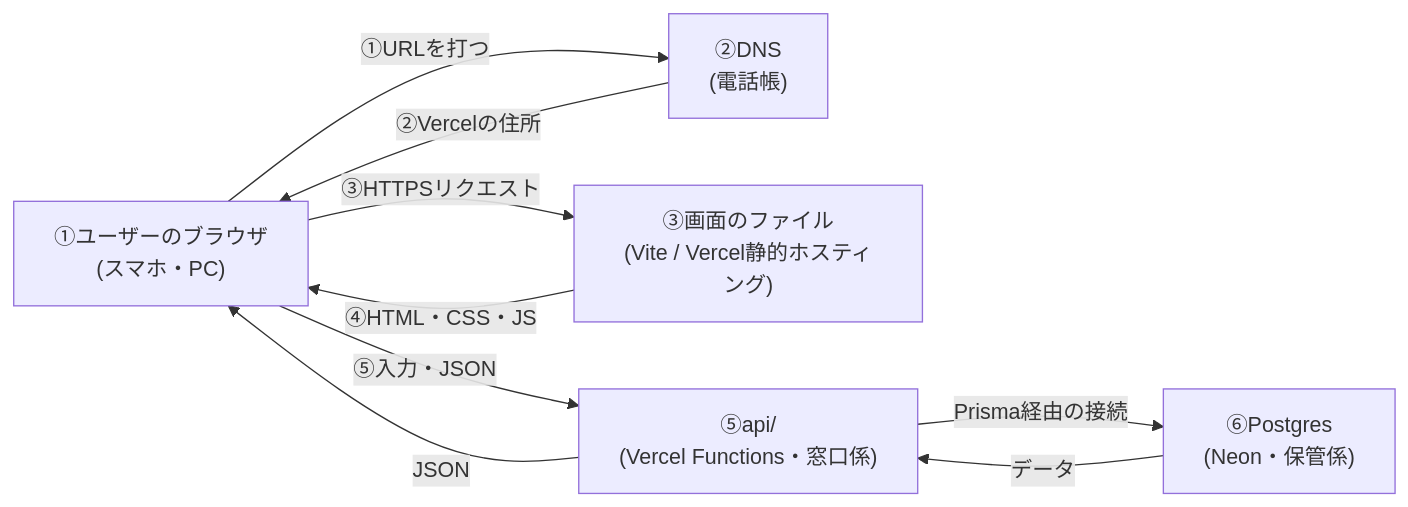
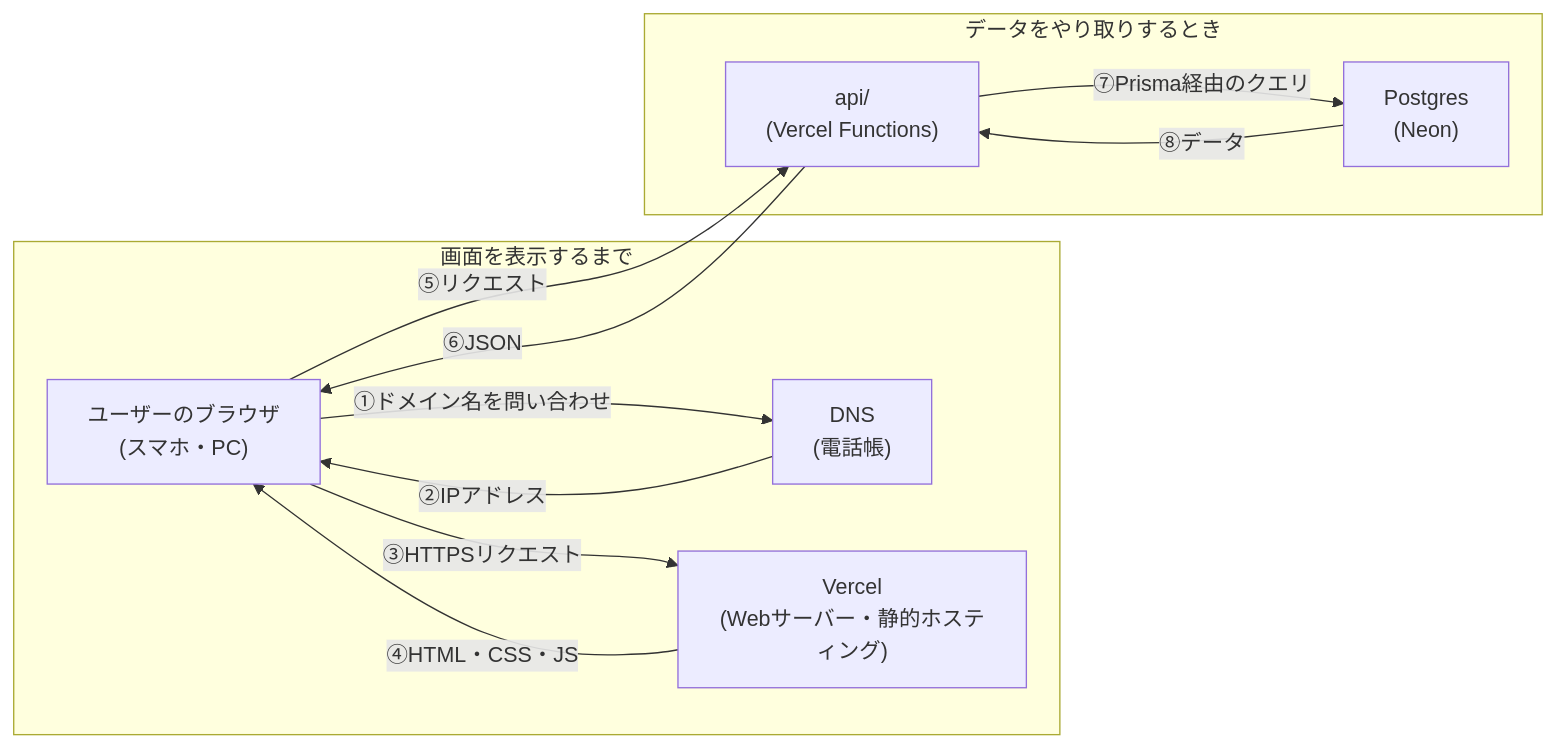
The diagram in README.md (udakoichiro1117/help-koumuin), drawn with Mermaid before and after one commit. The commit also changed other lines of this file, not shown here.

Commit message:
Clarify architecture diagram with subgraphs and fix HTTPS note

````diff
--- a/README.md
+++ b/README.md
@@ -40,17 +40,22 @@
 ```mermaid
 graph LR
-    Browser["①ユーザーのブラウザ<br/>(スマホ・PC)"]
-    DNS["②DNS<br/>(電話帳)"]
-    Screen["③画面のファイル<br/>(Vite / Vercel静的ホスティング)"]
-    API["⑤api/<br/>(Vercel Functions・窓口係)"]
-    DB["⑥Postgres<br/>(Neon・保管係)"]
+    subgraph "画面を表示するまで"
+        Browser["ユーザーのブラウザ<br/>(スマホ・PC)"]
+        DNS["DNS<br/>(電話帳)"]
+        Vercel["Vercel<br/>(Webサーバー・静的ホスティング)"]
+    end
 
-    Browser -->|①URLを打つ| DNS
-    DNS -->|②Vercelの住所| Browser
-    Browser -->|③HTTPSリクエスト| Screen
-    Screen -->|④HTML・CSS・JS| Browser
-    Browser -->|⑤入力・JSON| API
-    API -->|JSON| Browser
-    API -->|Prisma経由の接続| DB
-    DB -->|データ| API
+    subgraph "データをやり取りするとき"
+        API["api/<br/>(Vercel Functions)"]
+        DB["Postgres<br/>(Neon)"]
+    end
+
+    Browser -->|①ドメイン名を問い合わせ| DNS
+    DNS -->|②IPアドレス| Browser
+    Browser -->|③HTTPSリクエスト| Vercel
+    Vercel -->|④HTML・CSS・JS| Browser
+    Browser -->|⑤リクエスト| API
+    API -->|⑥JSON| Browser
+    API -->|⑦Prisma経由のクエリ| DB
+    DB -->|⑧データ| API
 ```
````
